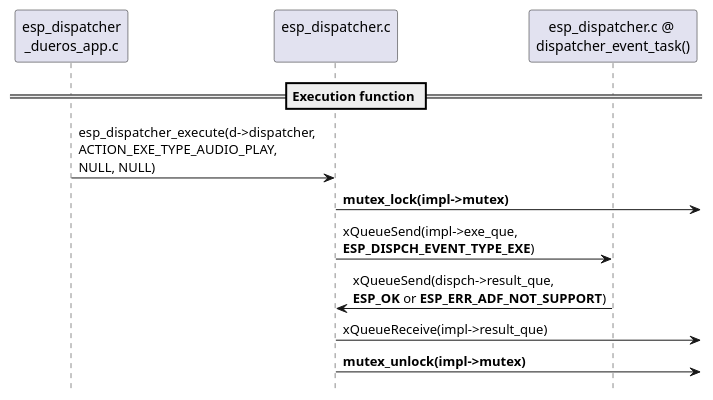
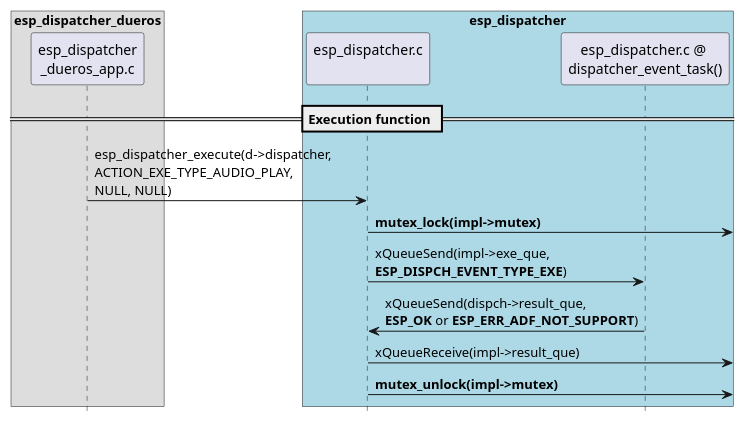
The fourth of 5 diagrams in docs/inside-dispatcher/esp_dispatcher.rst (liangzhu2008/learn-esp-adf), drawn with PlantUML before and after one commit. The commit also changed other lines of this file and 14 other files, not shown here.

Commit message:
用 plantweb 替换 plantuml.jar & graphviz

```diff
--- a/docs/inside-dispatcher/esp_dispatcher.rst
+++ b/docs/inside-dispatcher/esp_dispatcher.rst
@@ -110,15 +125,20 @@
 .. uml::
 
     hide footbox
 
-    participant "esp_dispatcher\n_dueros_app.c" as esp_app order 10
-    participant "esp_dispatcher.c\n" as esp_component order 50
-    participant "esp_dispatcher.c @ \ndispatcher_event_task()" as component_task order 60
+    box "esp_dispatcher_dueros"
+    participant "esp_dispatcher\n_dueros_app.c"         as example           order 10
+    end box
+
+    box "esp_dispatcher" #LightBlue
+    participant "esp_dispatcher.c\n"                    as dispatcher_comp   order 20
+    participant "esp_dispatcher.c @ \ndispatcher_event_task()" as dispatcher_task   order 30
+    end box
     
     == Execution function ==
-    esp_app -> esp_component : esp_dispatcher_execute(d->dispatcher, \nACTION_EXE_TYPE_AUDIO_PLAY, \nNULL, NULL)
-    esp_component ->] : **mutex_lock(impl->mutex)**
-    esp_component -> component_task : xQueueSend(impl->exe_que, \n**ESP_DISPCH_EVENT_TYPE_EXE**)
-    component_task -> esp_component : xQueueSend(dispch->result_que, \n**ESP_OK** or **ESP_ERR_ADF_NOT_SUPPORT**)
-    esp_component ->] : xQueueReceive(impl->result_que)
-    esp_component ->] : **mutex_unlock(impl->mutex)**   
+    example -> dispatcher_comp : esp_dispatcher_execute(d->dispatcher, \nACTION_EXE_TYPE_AUDIO_PLAY, \nNULL, NULL)
+    dispatcher_comp ->] : **mutex_lock(impl->mutex)**
+    dispatcher_comp -> dispatcher_task : xQueueSend(impl->exe_que, \n**ESP_DISPCH_EVENT_TYPE_EXE**)
+    dispatcher_task -> dispatcher_comp : xQueueSend(dispch->result_que, \n**ESP_OK** or **ESP_ERR_ADF_NOT_SUPPORT**)
+    dispatcher_comp ->] : xQueueReceive(impl->result_que)
+    dispatcher_comp ->] : **mutex_unlock(impl->mutex)**   
```
